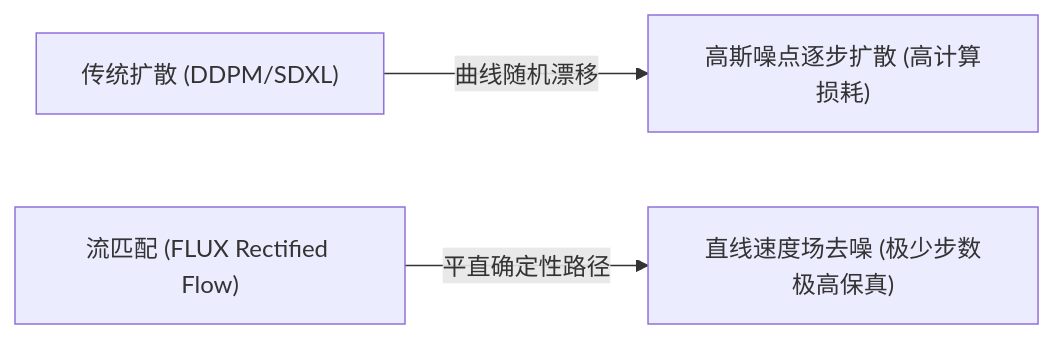
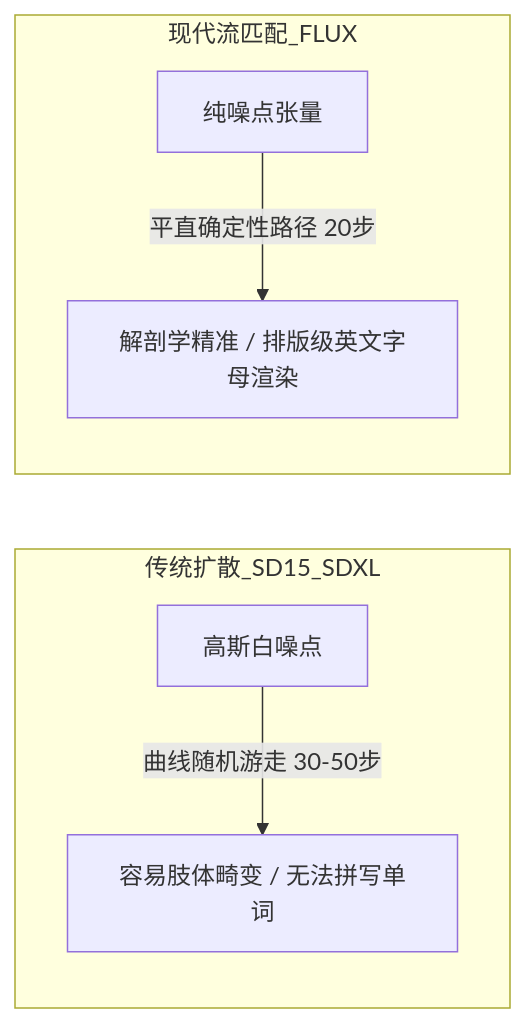
One commit to simingzeng/comfyui-video-course changed the first of 3 diagrams in docs/01-basics/02-flux-prompting.md. Above: the diagram before and after it, drawn with Mermaid. The commit also changed other lines of this file, not shown here.

Commit message:
docs: 升级阶段1 FLUX.2 教程为对齐00篇同等颗粒度的真机保姆级实战教程

````diff
--- a/docs/01-basics/02-flux-prompting.md
+++ b/docs/01-basics/02-flux-prompting.md
@@ -31,5 +71,9 @@
 ```mermaid
 graph LR
-    A["传统扩散 (DDPM/SDXL)"] -->|曲线随机漂移| B["高斯噪点逐步扩散 (高计算损耗)"]
-    C["流匹配 (FLUX Rectified Flow)"] -->|平直确定性路径| D["直线速度场去噪 (极少步数极高保真)"]
+    subgraph 传统扩散_SD15_SDXL
+        A["高斯白噪点"] -->|曲线随机游走 30-50步| B["容易肢体畸变 / 无法拼写单词"]
+    end
+    subgraph 现代流匹配_FLUX
+        C["纯噪点张量"] -->|平直确定性路径 20步| D["解剖学精准 / 排版级英文字母渲染"]
+    end
 ```
````
